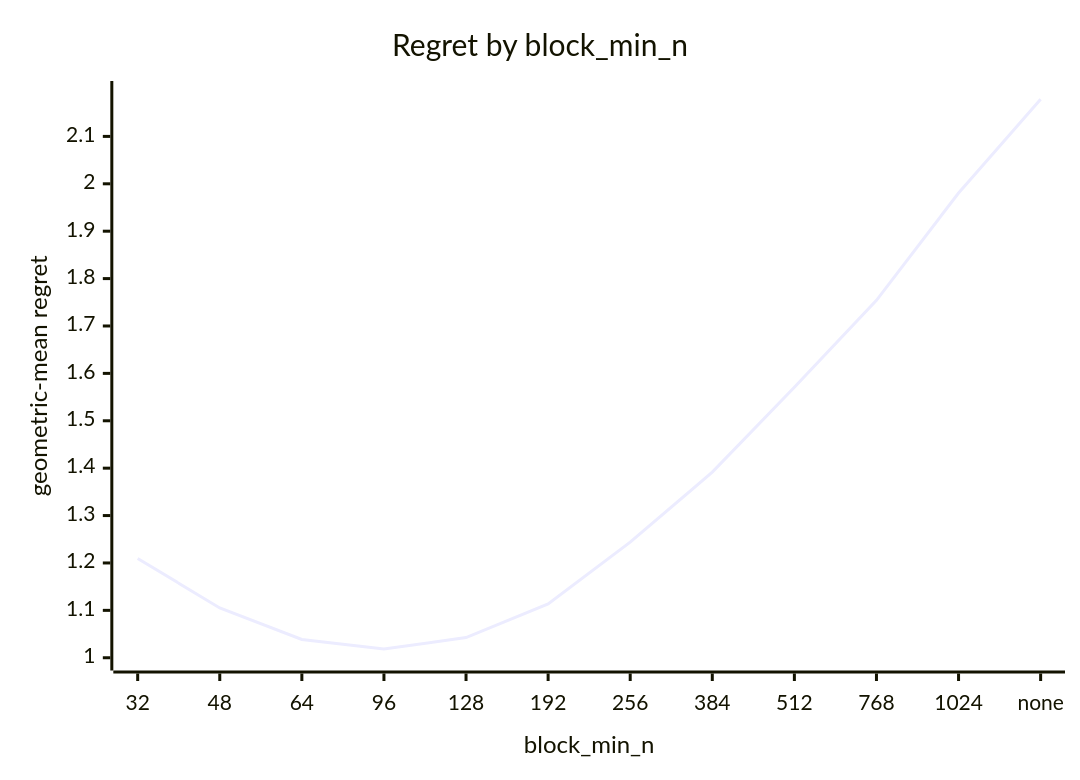
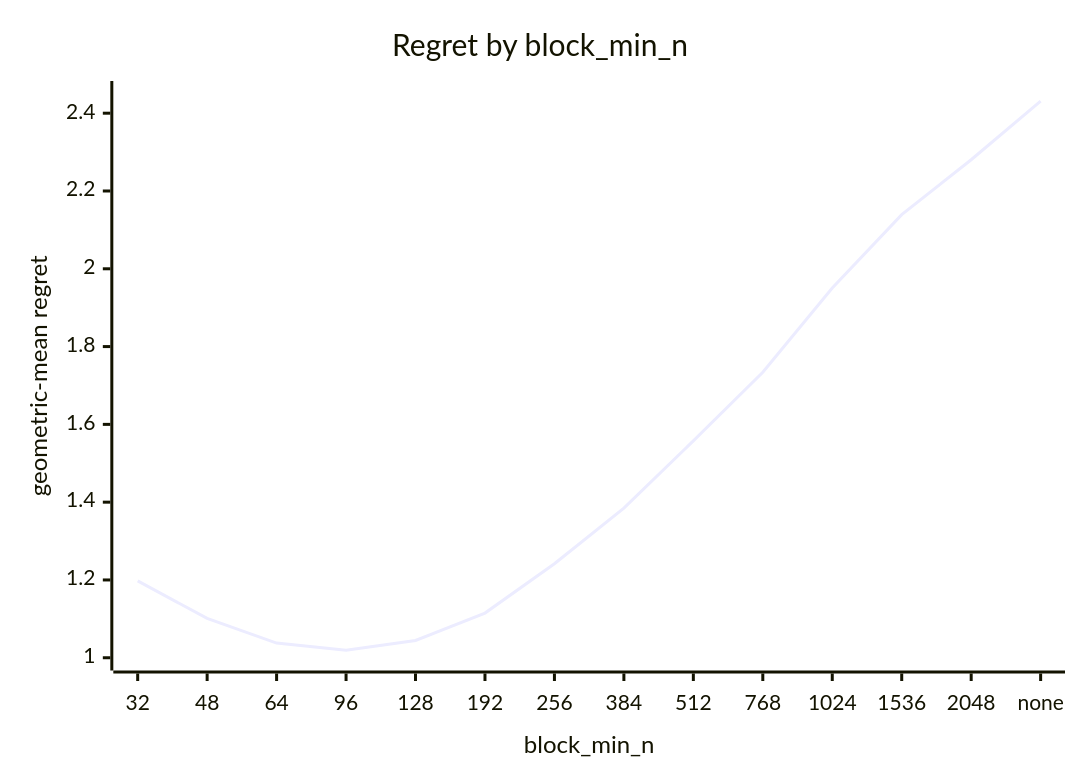
One commit to c0rmac/metal-linalg changed the first of 5 diagrams in docs/results/apple-m5-pro-20gpu/combined/eigh/report.md. Above: the diagram before and after it, drawn with Mermaid. The commit also changed other lines of this file and 7 other files, not shown here.

````diff
--- a/docs/results/apple-m5-pro-20gpu/combined/eigh/report.md
+++ b/docs/results/apple-m5-pro-20gpu/combined/eigh/report.md
@@ -53,7 +53,7 @@
 ```mermaid
 xychart-beta
     title "Regret by block_min_n"
-    x-axis "block_min_n" [32, 48, 64, 96, 128, 192, 256, 384, 512, 768, 1024, none]
-    y-axis "geometric-mean regret" 1.0 --> 2.19
-    line [1.2095, 1.1051, 1.0386, 1.0184, 1.0425, 1.1137, 1.2438, 1.3916, 1.5707, 1.7542, 1.9805, 2.1782]
+    x-axis "block_min_n" [32, 48, 64, 96, 128, 192, 256, 384, 512, 768, 1024, 1536, 2048, none]
+    y-axis "geometric-mean regret" 1.0 --> 2.45
+    line [1.1977, 1.1012, 1.0377, 1.0193, 1.0445, 1.1148, 1.2417, 1.3848, 1.5577, 1.7339, 1.9506, 2.1392, 2.2804, 2.4309]
 ```
````
